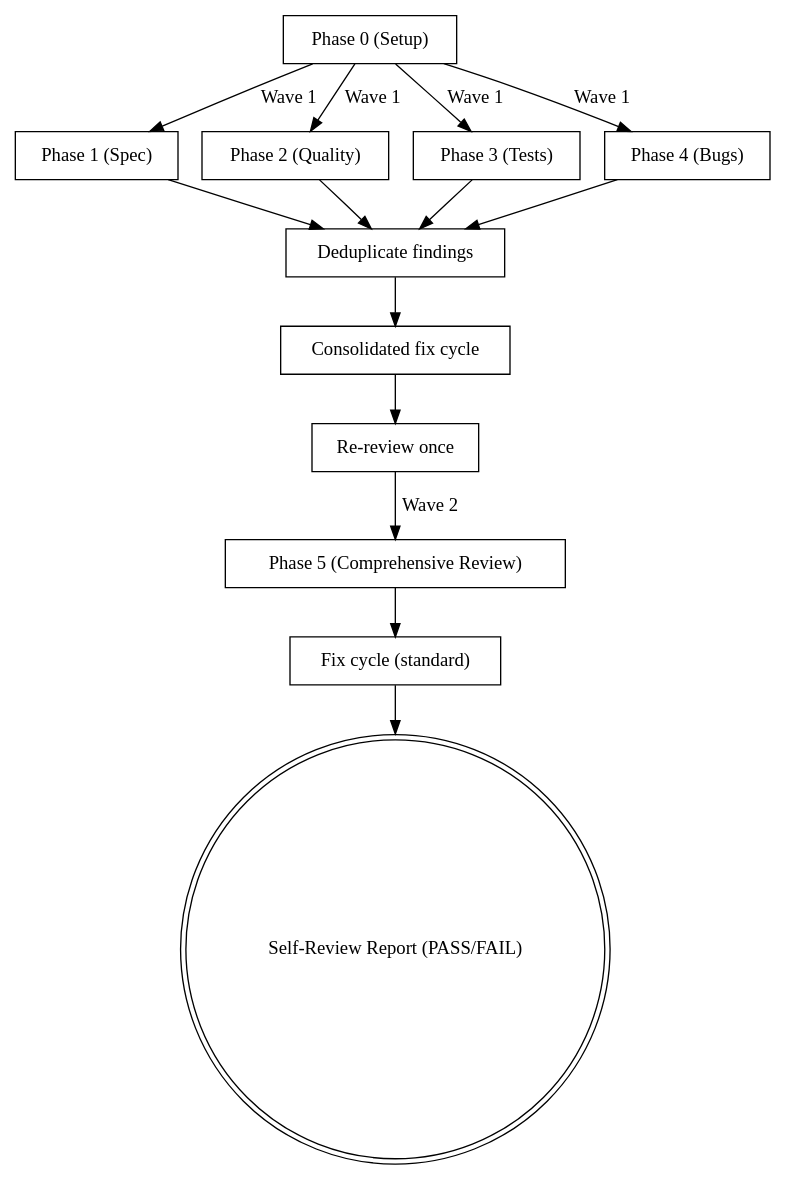
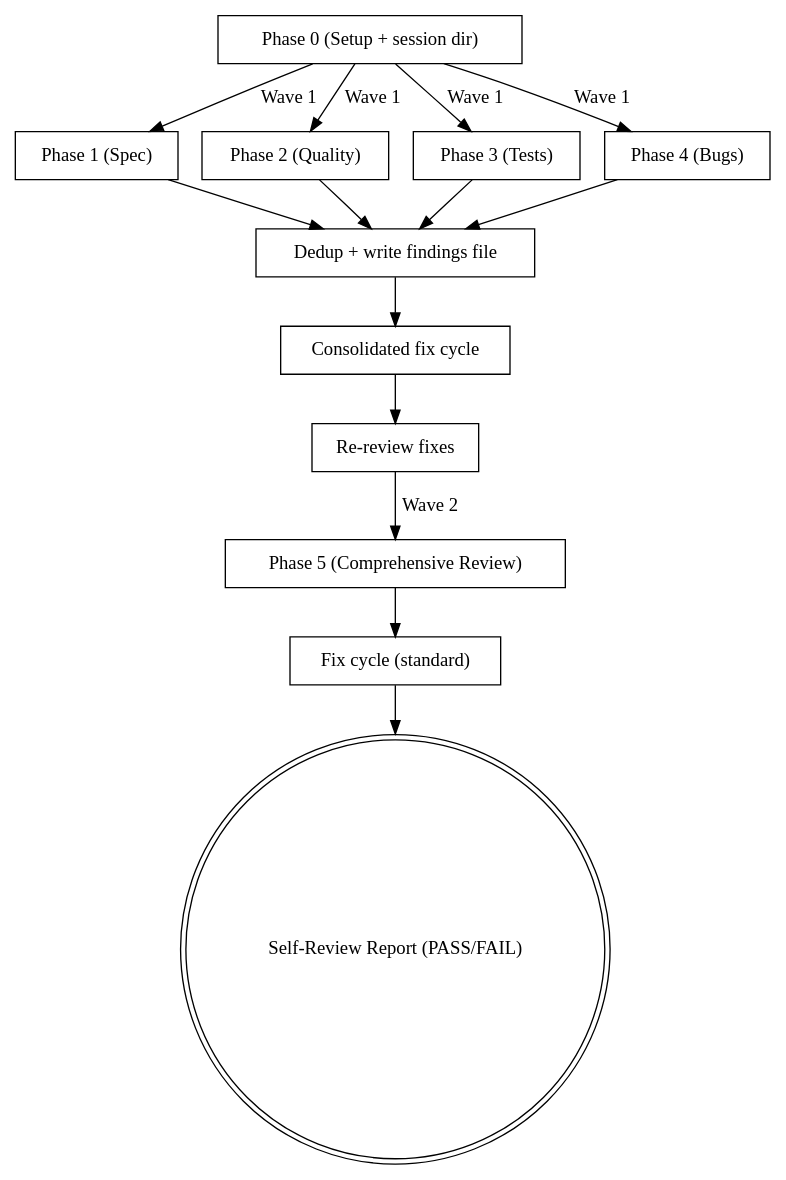
The diagram in skills/self-review/SKILL.md (yotto3s/oneteam-agents), drawn with Graphviz before and after one commit. The commit also changed other lines of this file and 2 other files, not shown here.

First line of the commit message:
feat: add file-based communication and re-review template to self-review

````diff
--- a/skills/self-review/SKILL.md
+++ b/skills/self-review/SKILL.md
@@ -58,29 +62,29 @@
 ```dot
 digraph self_review {
-    "Phase 0 (Setup)" [shape=box];
+    "Phase 0 (Setup + session dir)" [shape=box];
     "Phase 1 (Spec)" [shape=box];
     "Phase 2 (Quality)" [shape=box];
     "Phase 3 (Tests)" [shape=box];
     "Phase 4 (Bugs)" [shape=box];
-    "Deduplicate findings" [shape=box];
+    "Dedup + write findings file" [shape=box];
     "Consolidated fix cycle" [shape=box];
-    "Re-review once" [shape=box];
+    "Re-review fixes" [shape=box];
     "Phase 5 (Comprehensive Review)" [shape=box];
     "Fix cycle (standard)" [shape=box];
     "Self-Review Report (PASS/FAIL)" [shape=doublecircle];
 
-    "Phase 0 (Setup)" -> "Phase 1 (Spec)" [label="Wave 1"];
-    "Phase 0 (Setup)" -> "Phase 2 (Quality)" [label="Wave 1"];
-    "Phase 0 (Setup)" -> "Phase 3 (Tests)" [label="Wave 1"];
-    "Phase 0 (Setup)" -> "Phase 4 (Bugs)" [label="Wave 1"];
-    "Phase 1 (Spec)" -> "Deduplicate findings";
-    "Phase 2 (Quality)" -> "Deduplicate findings";
-    "Phase 3 (Tests)" -> "Deduplicate findings";
-    "Phase 4 (Bugs)" -> "Deduplicate findings";
-    "Deduplicate findings" -> "Consolidated fix cycle";
-    "Consolidated fix cycle" -> "Re-review once";
-    "Re-review once" -> "Phase 5 (Comprehensive Review)" [label="Wave 2"];
+    "Phase 0 (Setup + session dir)" -> "Phase 1 (Spec)" [label="Wave 1"];
+    "Phase 0 (Setup + session dir)" -> "Phase 2 (Quality)" [label="Wave 1"];
+    "Phase 0 (Setup + session dir)" -> "Phase 3 (Tests)" [label="Wave 1"];
+    "Phase 0 (Setup + session dir)" -> "Phase 4 (Bugs)" [label="Wave 1"];
+    "Phase 1 (Spec)" -> "Dedup + write findings file";
+    "Phase 2 (Quality)" -> "Dedup + write findings file";
+    "Phase 3 (Tests)" -> "Dedup + write findings file";
+    "Phase 4 (Bugs)" -> "Dedup + write findings file";
+    "Dedup + write findings file" -> "Consolidated fix cycle";
+    "Consolidated fix cycle" -> "Re-review fixes";
+    "Re-review fixes" -> "Phase 5 (Comprehensive Review)" [label="Wave 2"];
     "Phase 5 (Comprehensive Review)" -> "Fix cycle (standard)";
     "Fix cycle (standard)" -> "Self-Review Report (PASS/FAIL)";
 }
 ```
````
